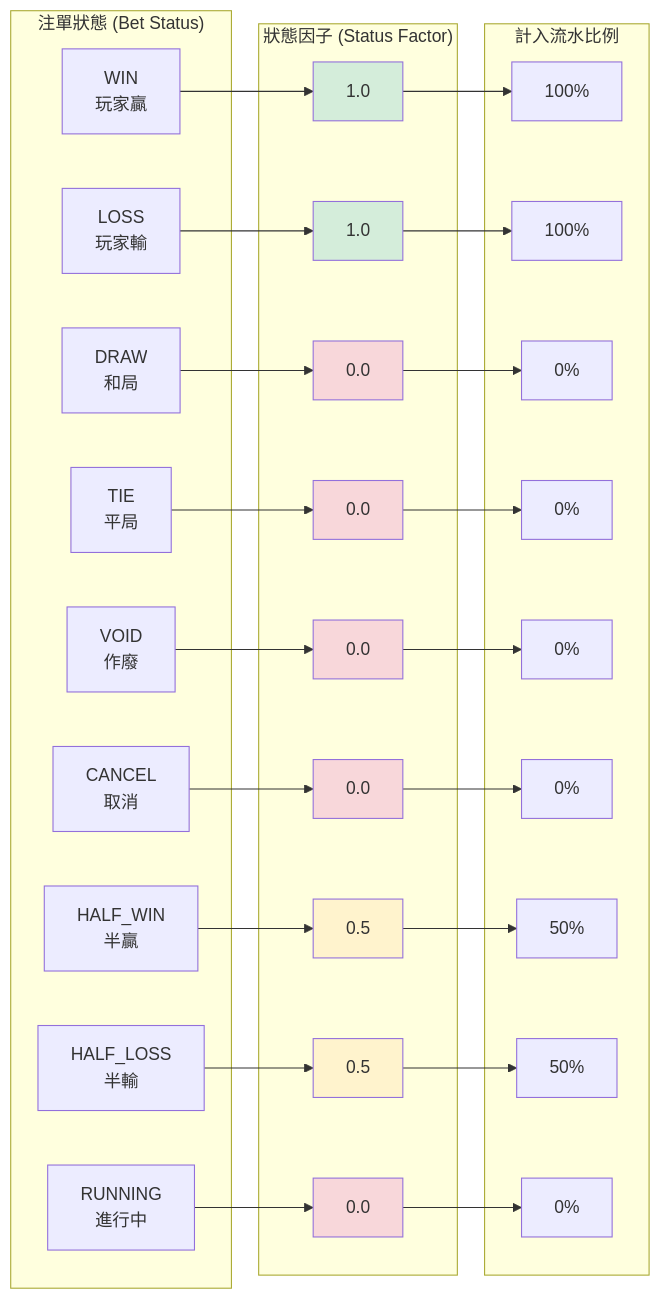
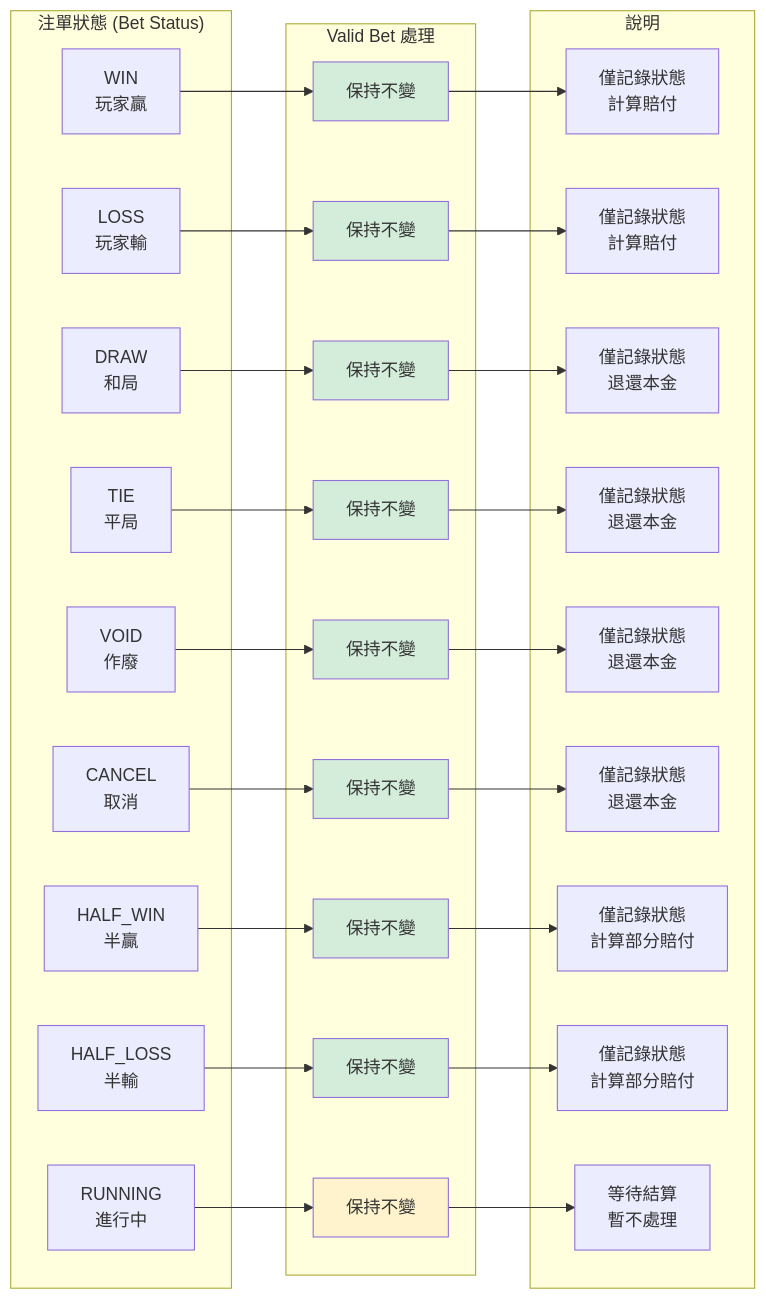
One commit to ron03wlb/smart-admin changed the seventh of 14 diagrams in docs/IGaming/02_Finance_Center/02-04-diagrams/02-04-01_Flowcharts_and_Sequences.md. Above: the diagram before and after it, drawn with Mermaid. The commit also changed other lines of this file and 42 other files, not shown here.

````diff
--- a/docs/IGaming/02_Finance_Center/02-04-diagrams/02-04-01_Flowcharts_and_Sequences.md
+++ b/docs/IGaming/02_Finance_Center/02-04-diagrams/02-04-01_Flowcharts_and_Sequences.md
@@ -475,58 +490,58 @@
 ```mermaid
 graph LR
     subgraph "注單狀態 (Bet Status)"
         A1[WIN<br/>玩家贏]
         A2[LOSS<br/>玩家輸]
         A3[DRAW<br/>和局]
         A4[TIE<br/>平局]
         A5[VOID<br/>作廢]
         A6[CANCEL<br/>取消]
         A7[HALF_WIN<br/>半贏]
         A8[HALF_LOSS<br/>半輸]
         A9[RUNNING<br/>進行中]
     end
 
-    subgraph "狀態因子 (Status Factor)"
-        B1[1.0]
-        B2[1.0]
-        B3[0.0]
-        B4[0.0]
-        B5[0.0]
-        B6[0.0]
-        B7[0.5]
-        B8[0.5]
-        B9[0.0]
+    subgraph "Valid Bet 處理"
+        B1[保持不變]
+        B2[保持不變]
+        B3[保持不變]
+        B4[保持不變]
+        B5[保持不變]
+        B6[保持不變]
+        B7[保持不變]
+        B8[保持不變]
+        B9[保持不變]
     end
 
-    subgraph "計入流水比例"
-        C1[100%]
-        C2[100%]
-        C3[0%]
-        C4[0%]
-        C5[0%]
-        C6[0%]
-        C7[50%]
-        C8[50%]
-        C9[0%]
+    subgraph "說明"
+        C1[僅記錄狀態<br/>計算賠付]
+        C2[僅記錄狀態<br/>計算賠付]
+        C3[僅記錄狀態<br/>退還本金]
+        C4[僅記錄狀態<br/>退還本金]
+        C5[僅記錄狀態<br/>退還本金]
+        C6[僅記錄狀態<br/>退還本金]
+        C7[僅記錄狀態<br/>計算部分賠付]
+        C8[僅記錄狀態<br/>計算部分賠付]
+        C9[等待結算<br/>暫不處理]
     end
 
     A1 --> B1 --> C1
     A2 --> B2 --> C2
     A3 --> B3 --> C3
     A4 --> B4 --> C4
     A5 --> B5 --> C5
     A6 --> B6 --> C6
     A7 --> B7 --> C7
     A8 --> B8 --> C8
     A9 --> B9 --> C9
 
     style B1 fill:#d4edda
     style B2 fill:#d4edda
-    style B3 fill:#f8d7da
-    style B4 fill:#f8d7da
-    style B5 fill:#f8d7da
-    style B6 fill:#f8d7da
-    style B7 fill:#fff3cd
-    style B8 fill:#fff3cd
-    style B9 fill:#f8d7da
+    style B3 fill:#d4edda
+    style B4 fill:#d4edda
+    style B5 fill:#d4edda
+    style B6 fill:#d4edda
+    style B7 fill:#d4edda
+    style B8 fill:#d4edda
+    style B9 fill:#fff3cd
 ```
````
